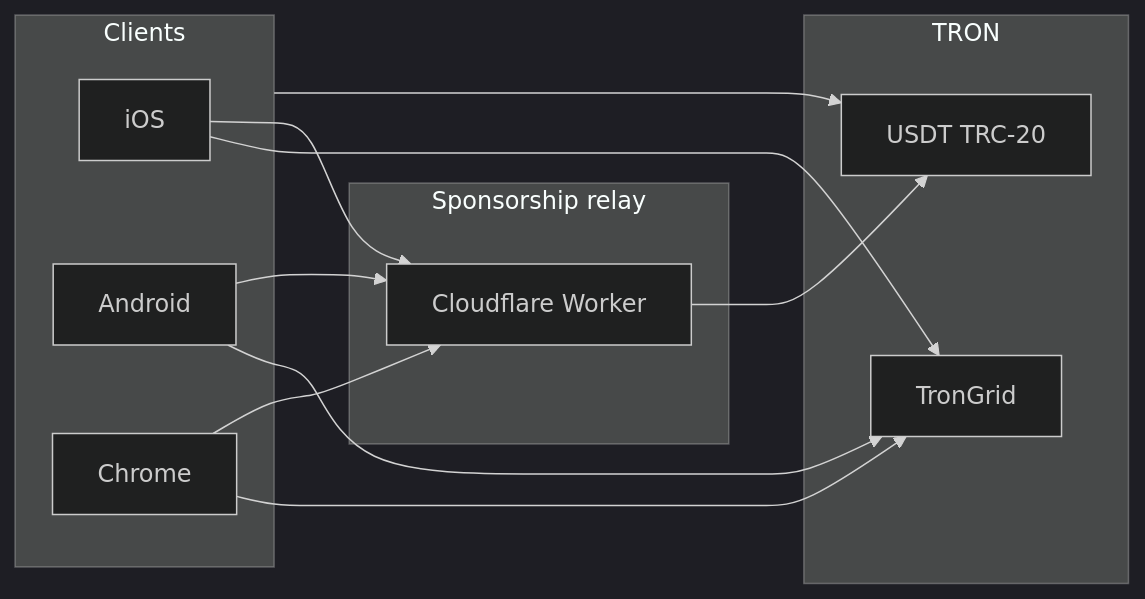
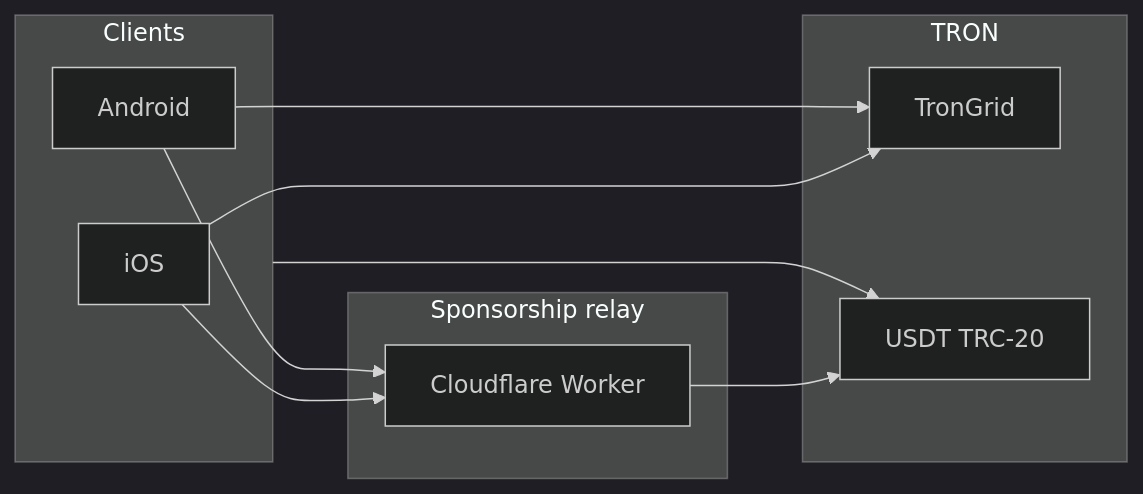
Before and after one commit to meshwallet/Mesh-Wallet: the diagram in README.md, drawn with Mermaid (dark theme).

Commit message:
Remove Chrome client from flowchart
Removed Chrome from the clients and its connections to TronGrid and Worker.

````diff
--- a/README.md
+++ b/README.md
@@ -49,26 +49,23 @@
 ```mermaid
 flowchart LR
   subgraph clients [Clients]
     iOS[iOS]
     Android[Android]
-    Chrome[Chrome]
   end
 
   subgraph chain [TRON]
     TronGrid[TronGrid]
     USDT[USDT TRC-20]
   end
 
   subgraph relay [Sponsorship relay]
     Worker[Cloudflare Worker]
   end
 
   iOS --> TronGrid
   Android --> TronGrid
-  Chrome --> TronGrid
   iOS --> Worker
   Android --> Worker
-  Chrome --> Worker
   Worker --> USDT
   clients --> USDT
 ```
````
